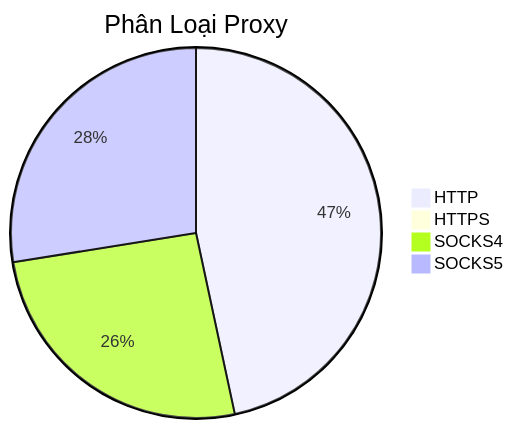
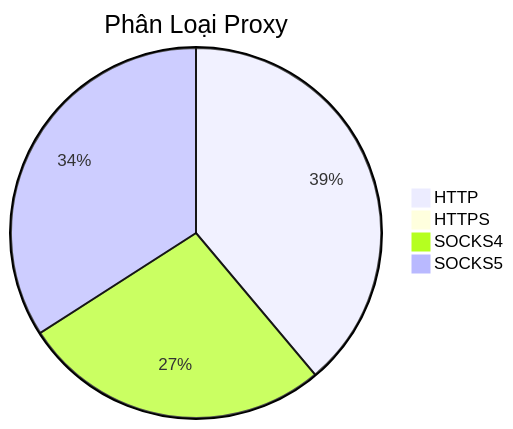
Before and after one commit to Ciara-12/PROXY-free: the diagram in README.md, drawn with Mermaid. The commit also changed other lines of this file and 4 other files, not shown here.

````diff
--- a/README.md
+++ b/README.md
@@ -26,7 +26,7 @@
 ```mermaid
 pie title Phân Loại Proxy
-    "HTTP" : 583
-    "HTTPS" : 0
-    "SOCKS4" : 323
-    "SOCKS5" : 344
+    "HTTP" : 414
+    "HTTPS" : 1
+    "SOCKS4" : 288
+    "SOCKS5" : 363
 ```
````
